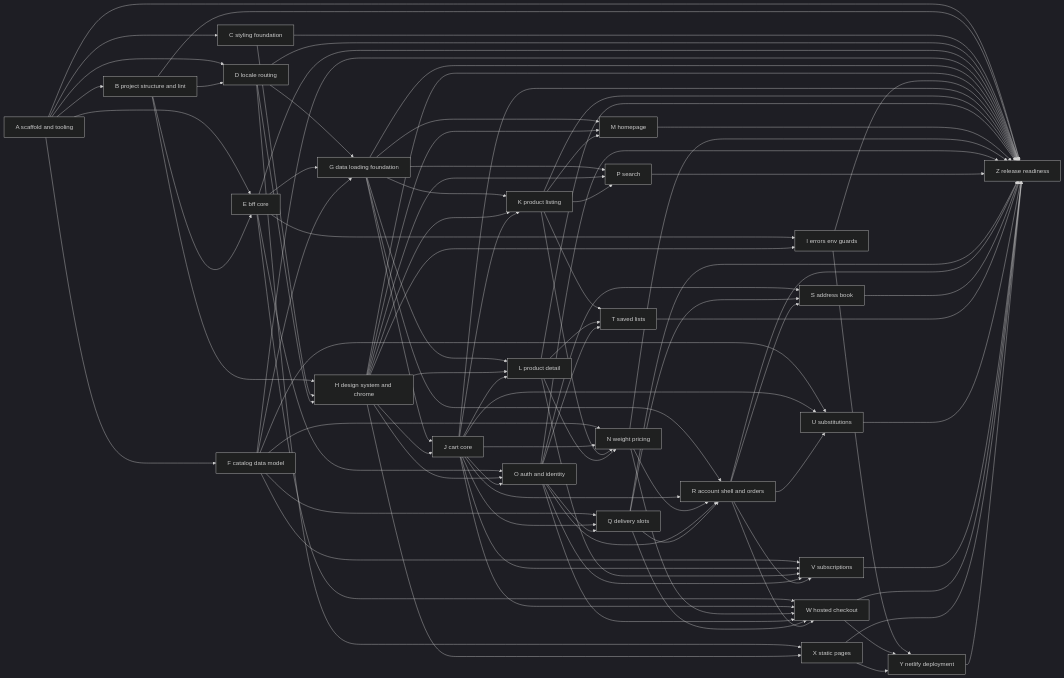
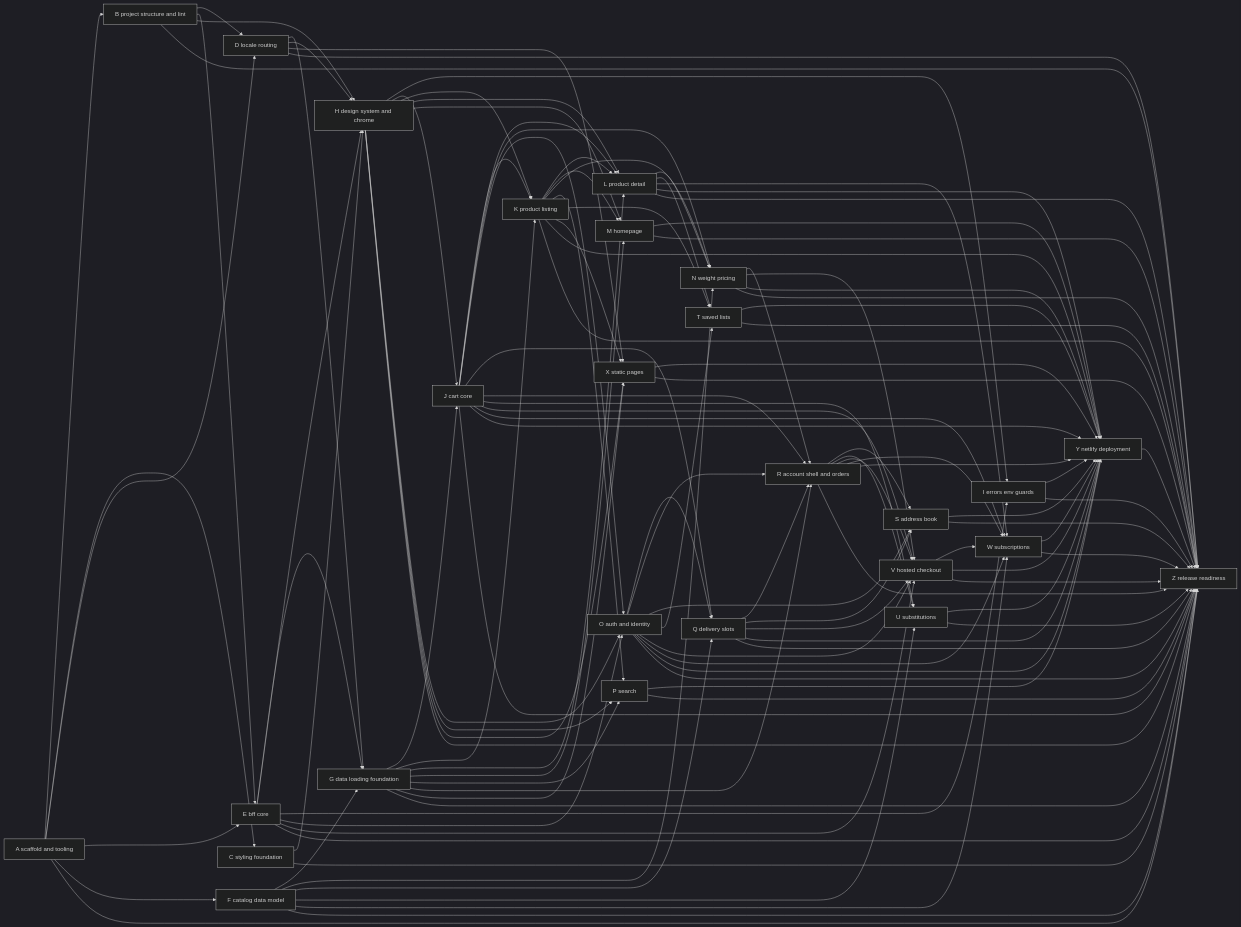
One commit to commercetools-demo/industry-starter changed the diagram in b2c-grocery/plan/DEPENDENCY-PLAN.md. Above: the diagram before and after it, drawn with Mermaid (dark theme). The commit also changed other lines of this file and 40 other files, not shown here.

```diff
--- a/b2c-grocery/plan/DEPENDENCY-PLAN.md
+++ b/b2c-grocery/plan/DEPENDENCY-PLAN.md
@@ -59,8 +59,8 @@
   S["S address book"]
   T["T saved lists"]
   U["U substitutions"]
-  V["V subscriptions"]
-  W["W hosted checkout"]
+  V["V hosted checkout"]
+  W["W subscriptions"]
   X["X static pages"]
   Y["Y netlify deployment"]
   Z["Z release readiness"]
@@ -77,6 +77,7 @@
   B --> H
   C --> H
   D --> H
+  E --> H
   E --> I
   H --> I
   G --> J
@@ -87,6 +88,7 @@
   G --> L
   H --> L
   J --> L
+  K --> L
   G --> M
   H --> M
   K --> M
@@ -117,20 +119,36 @@
   F --> U
   J --> U
   R --> U
-  F --> V
+  E --> V
   J --> V
-  L --> V
+  N --> V
   O --> V
+  Q --> V
   R --> V
-  E --> W
+  F --> W
   J --> W
-  N --> W
+  L --> W
   O --> W
-  Q --> W
   R --> W
+  V --> W
   D --> X
+  G --> X
   H --> X
+  K --> X
   I --> Y
+  J --> Y
+  K --> Y
+  L --> Y
+  M --> Y
+  N --> Y
+  O --> Y
+  P --> Y
+  Q --> Y
+  R --> Y
+  S --> Y
+  T --> Y
+  U --> Y
+  V --> Y
   W --> Y
   X --> Y
   A --> Z
```
